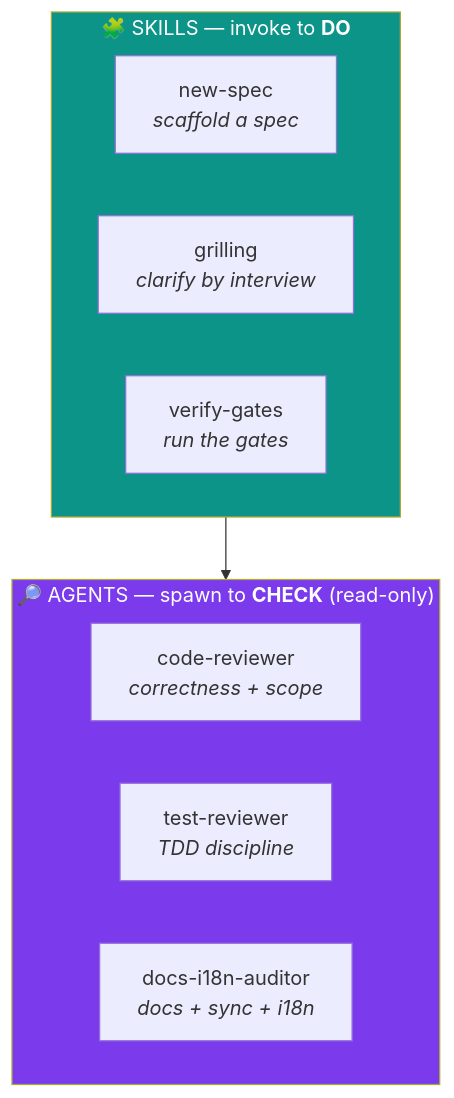
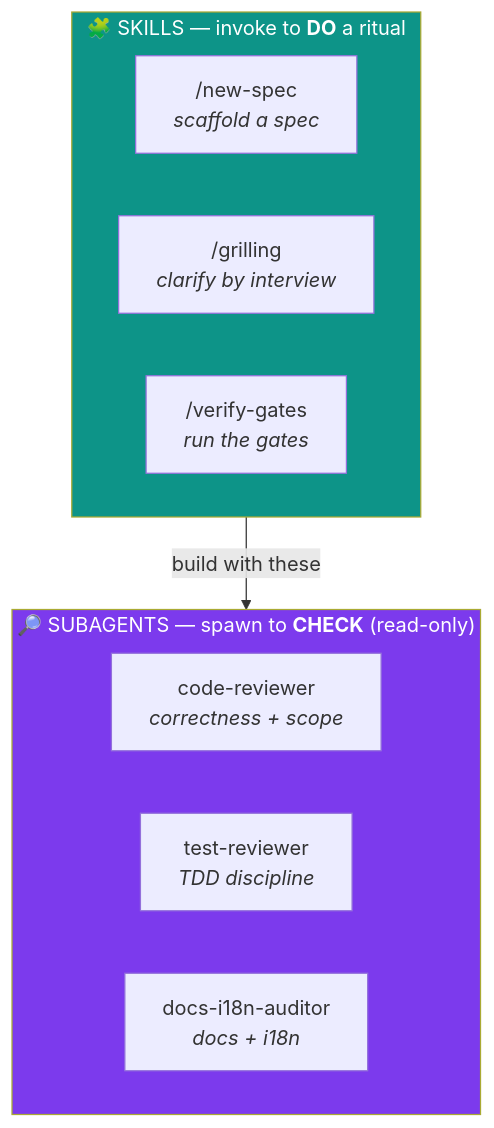
The fourth of 6 diagrams in README.md (reginaldosilva27/agent-coding-template), drawn with Mermaid before and after one commit. The commit also changed other lines of this file and 1 other file, not shown here.

````diff
--- a/README.md
+++ b/README.md
@@ -302,21 +226,21 @@
 ```mermaid
 flowchart TB
-    subgraph SK["🧩 SKILLS — invoke to <b>DO</b>"]
+    subgraph SK["🧩 SKILLS — invoke to <b>DO</b> a ritual"]
         direction LR
-        S1["new-spec<br/><i>scaffold a spec</i>"]
-        S2["grilling<br/><i>clarify by interview</i>"]
-        S3["verify-gates<br/><i>run the gates</i>"]
+        S1["/new-spec<br/><i>scaffold a spec</i>"]
+        S2["/grilling<br/><i>clarify by interview</i>"]
+        S3["/verify-gates<br/><i>run the gates</i>"]
     end
 
-    subgraph AG["🔎 AGENTS — spawn to <b>CHECK</b> (read-only)"]
+    subgraph AG["🔎 SUBAGENTS — spawn to <b>CHECK</b> (read-only)"]
         direction LR
         A1["code-reviewer<br/><i>correctness + scope</i>"]
         A2["test-reviewer<br/><i>TDD discipline</i>"]
-        A3["docs-i18n-auditor<br/><i>docs + sync + i18n</i>"]
+        A3["docs-i18n-auditor<br/><i>docs + i18n</i>"]
     end
 
-    SK --> AG
+    SK -->|"build with these"| AG
 
     style SK fill:#0d9488,color:#fff
     style AG fill:#7c3aed,color:#fff
 ```
````
